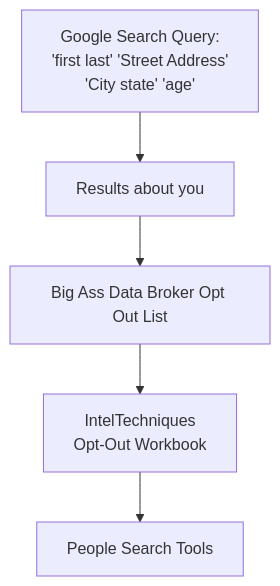
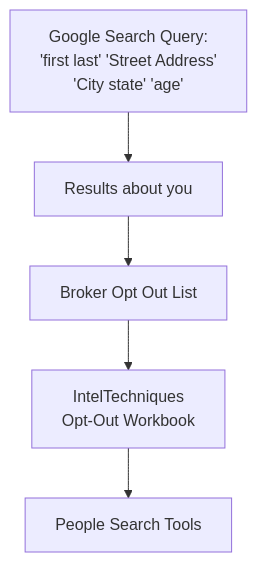
Before and after one commit to airborne-commando/OPSEC-OSINT-Tools: the diagram in README.md, drawn with Mermaid. The commit also changed other lines of this file, not shown here.

Commit message:
Changes to be committed: 	modified:   README.md

````diff
--- a/README.md
+++ b/README.md
@@ -768,12 +768,12 @@
 ```mermaid
 flowchart TD
     A@{ label: "Google Search Query:<br>'first last' 'Street Address'<br>'City state' 'age'" } --> B["Results about you"]
-    B --> C["Big Ass Data Broker Opt Out List"]
+    B --> C["Broker Opt Out List"]
     C --> D["IntelTechniques<br>Opt-Out Workbook"]
     D --> E["People Search Tools"]
 
     A@{ shape: rect}
     click B "https://myactivity.google.com/results-about-you"
     click C "https://github.com/yaelwrites/Big-Ass-Data-Broker-Opt-Out-List"
     click D "https://inteltechniques.com/workbook.html"
 ```
````
